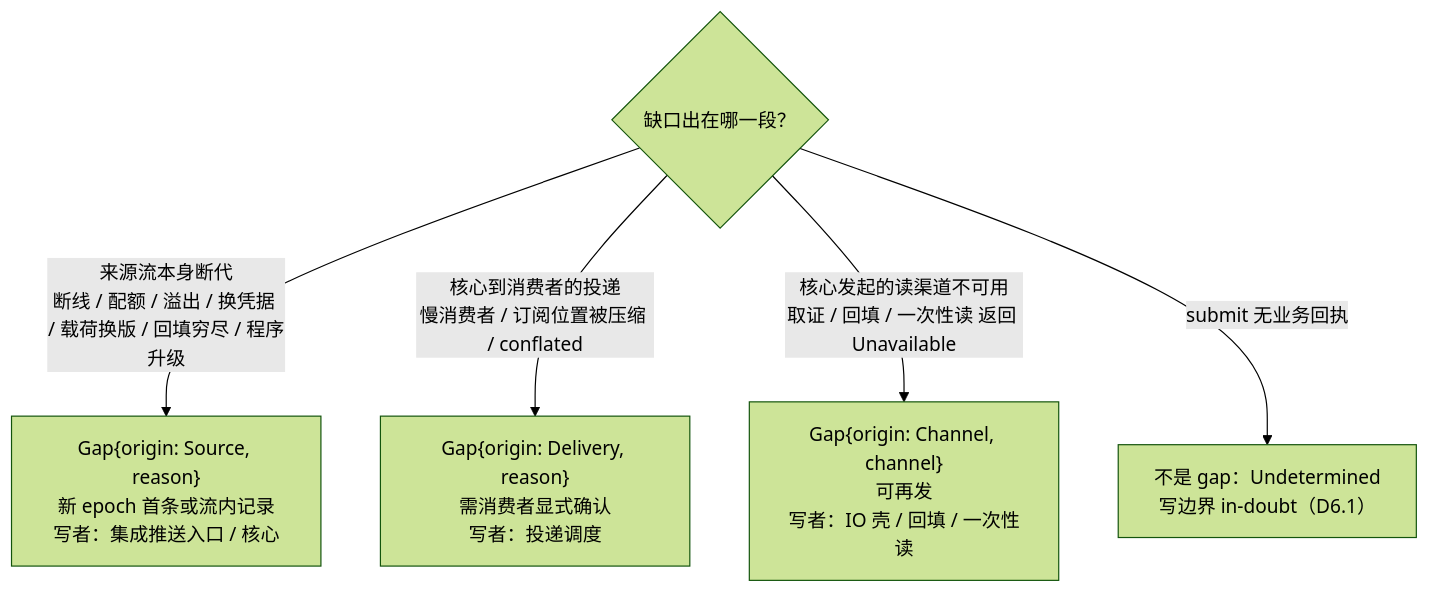
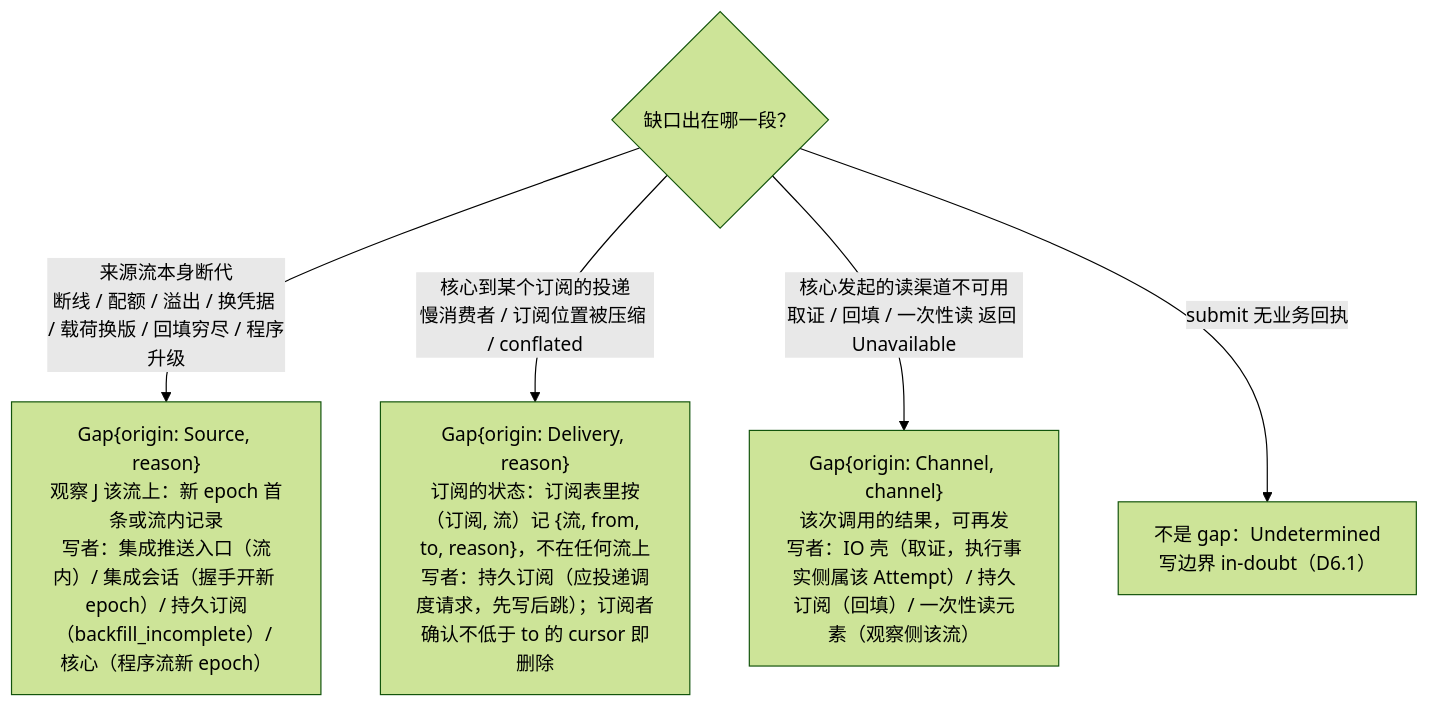
The sixth of 6 diagrams in design/diagrams/03-observation-ingest.md (mouriya-s-lab/uta), drawn with Mermaid (forest theme) before and after one commit. The commit also changed other lines of this file and 12 other files, not shown here.

````diff
--- a/design/diagrams/03-observation-ingest.md
+++ b/design/diagrams/03-observation-ingest.md
@@ -214,8 +226,8 @@
 ```mermaid
 flowchart TB
   Q{"缺口出在哪一段？"}
-  Q -->|"来源流本身断代<br/>断线 / 配额 / 溢出 / 换凭据 / 载荷换版 / 回填穷尽 / 程序升级"| S["Gap{origin: Source, reason}<br/>新 epoch 首条或流内记录<br/>写者：集成推送入口 / 核心"]
-  Q -->|"核心到消费者的投递<br/>慢消费者 / 订阅位置被压缩 / conflated"| D["Gap{origin: Delivery, reason}<br/>需消费者显式确认<br/>写者：投递调度"]
-  Q -->|"核心发起的读渠道不可用<br/>取证 / 回填 / 一次性读 返回 Unavailable"| C["Gap{origin: Channel, channel}<br/>可再发<br/>写者：IO 壳 / 回填 / 一次性读"]
+  Q -->|"来源流本身断代<br/>断线 / 配额 / 溢出 / 换凭据 / 载荷换版 / 回填穷尽 / 程序升级"| S["Gap{origin: Source, reason}<br/>观察 J 该流上：新 epoch 首条或流内记录<br/>写者：集成推送入口（流内）/ 集成会话（握手开新 epoch）/ 持久订阅（backfill_incomplete）/ 核心（程序流新 epoch）"]
+  Q -->|"核心到某个订阅的投递<br/>慢消费者 / 订阅位置被压缩 / conflated"| D["Gap{origin: Delivery, reason}<br/>订阅的状态：订阅表里按（订阅, 流）记 {流, from, to, reason}，不在任何流上<br/>写者：持久订阅（应投递调度请求，先写后跳）；订阅者确认不低于 to 的 cursor 即删除"]
+  Q -->|"核心发起的读渠道不可用<br/>取证 / 回填 / 一次性读 返回 Unavailable"| C["Gap{origin: Channel, channel}<br/>该次调用的结果，可再发<br/>写者：IO 壳（取证，执行事实侧属该 Attempt）/ 持久订阅（回填）/ 一次性读元素（观察侧该流）"]
   Q -->|"submit 无业务回执"| U["不是 gap：Undetermined<br/>写边界 in-doubt（D6.1）"]
 ```
````
